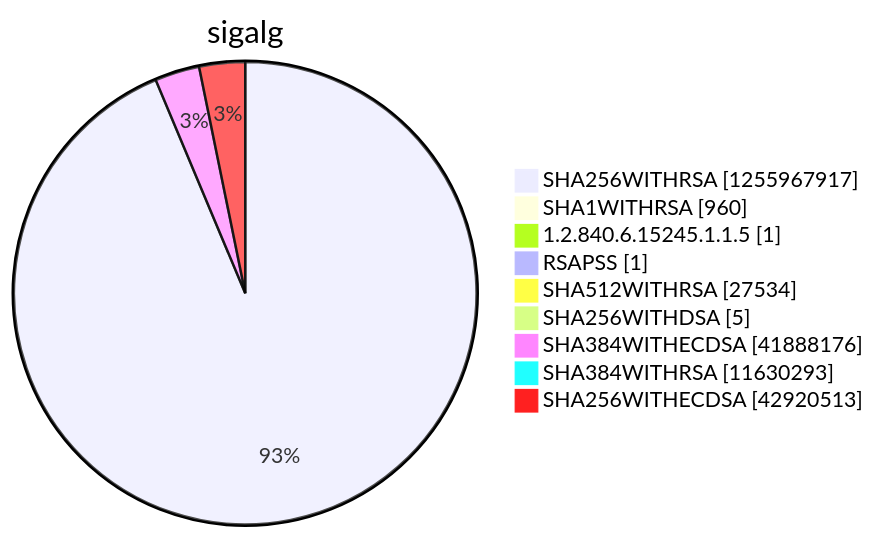
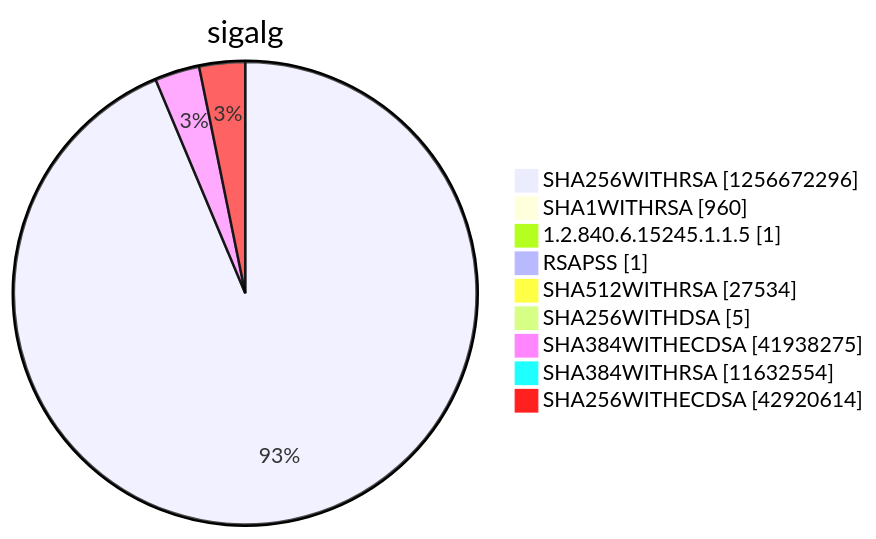
Before and after one commit to christiankrug/ctmonitor_visualization: diagram 15 of 15 in argon2022/README.md, drawn with Mermaid. The commit also changed other lines of this file, not shown here.

````diff
--- a/argon2022/README.md
+++ b/argon2022/README.md
@@ -5522,13 +5522,13 @@
 ```mermaid
 pie showData
 title sigalg
-"SHA256WITHRSA" :1255967917
+"SHA256WITHRSA" :1256672296
 "SHA1WITHRSA" :960
 "1.2.840.6.15245.1.1.5" :1
 "RSAPSS" :1
 "SHA512WITHRSA" :27534
 "SHA256WITHDSA" :5
-"SHA384WITHECDSA" :41888176
-"SHA384WITHRSA" :11630293
-"SHA256WITHECDSA" :42920513
+"SHA384WITHECDSA" :41938275
+"SHA384WITHRSA" :11632554
+"SHA256WITHECDSA" :42920614
 ```
````
